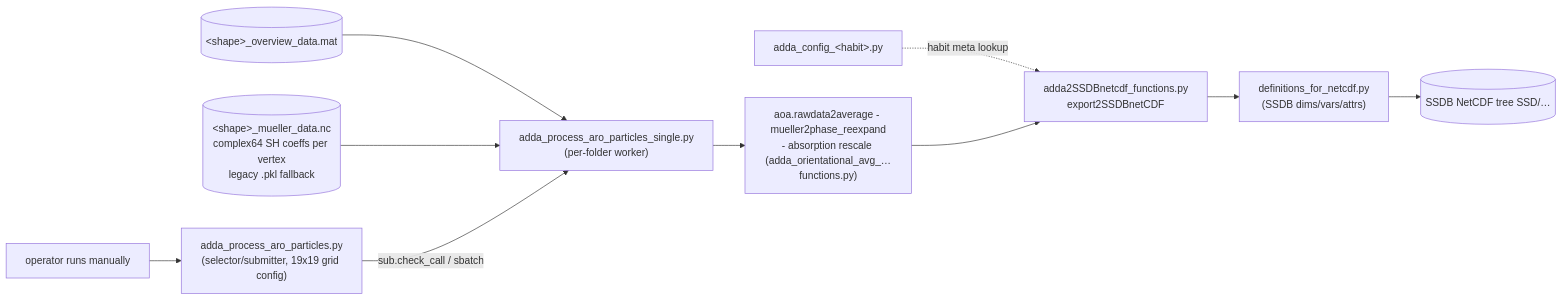
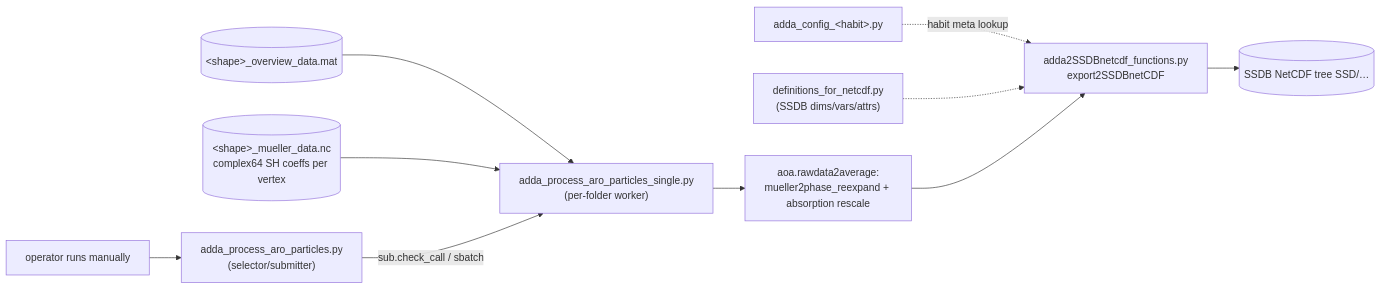
The third of 11 diagrams in docs/DDA-manual.md (m-brath/DDA), drawn with Mermaid before and after one commit. The commit also changed other lines of this file and 57 other files, not shown here.

````diff
--- a/docs/DDA-manual.md
+++ b/docs/DDA-manual.md
@@ -1166,16 +1178,17 @@
 ```mermaid
 flowchart LR
     MAT[("&lt;shape&gt;_overview_data.mat")]
-    MNC[("&lt;shape&gt;_mueller_data.nc<br/>complex64 SH coeffs per vertex<br/>legacy .pkl fallback")]
-    PROC["adda_process_aro_particles.py<br/>(selector/submitter, 19x19 grid config)"]
+    MNC[("&lt;shape&gt;_mueller_data.nc<br/>complex64 SH coeffs per vertex")]
+    PROC["adda_process_aro_particles.py<br/>(selector/submitter)"]
     SINGLE["adda_process_aro_particles_single.py<br/>(per-folder worker)"]
-    AOA["aoa.rawdata2average - mueller2phase_reexpand<br/>- absorption rescale (adda_orientational_avg_…functions.py)"]
+    AOA["aoa.rawdata2average:<br/>mueller2phase_reexpand + absorption rescale"]
     EXP["adda2SSDBnetcdf_functions.py<br/>export2SSDBnetCDF"]
     DEFN["definitions_for_netcdf.py<br/>(SSDB dims/vars/attrs)"]
     NC[("SSDB NetCDF tree SSD/…")]
 
     MAT & MNC --> SINGLE
     MC2["operator runs manually"] --> PROC -->|sub.check_call / sbatch| SINGLE
     CFG["adda_config_&lt;habit&gt;.py"] -.->|habit meta lookup| EXP
-    SINGLE --> AOA --> EXP --> DEFN --> NC
+    DEFN -.-> EXP
+    SINGLE --> AOA --> EXP --> NC
 ```
````
